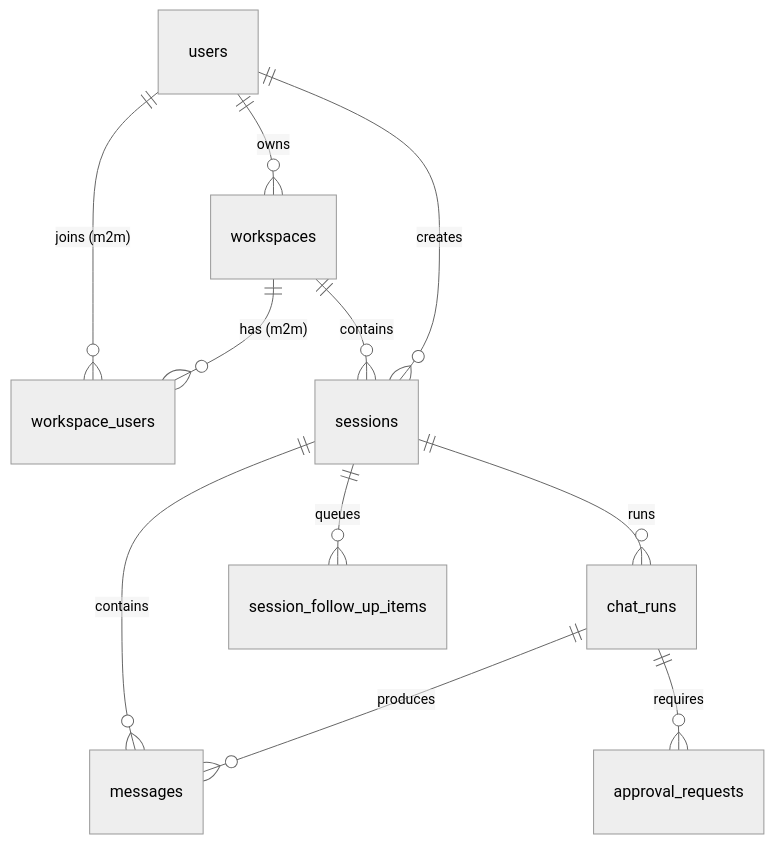
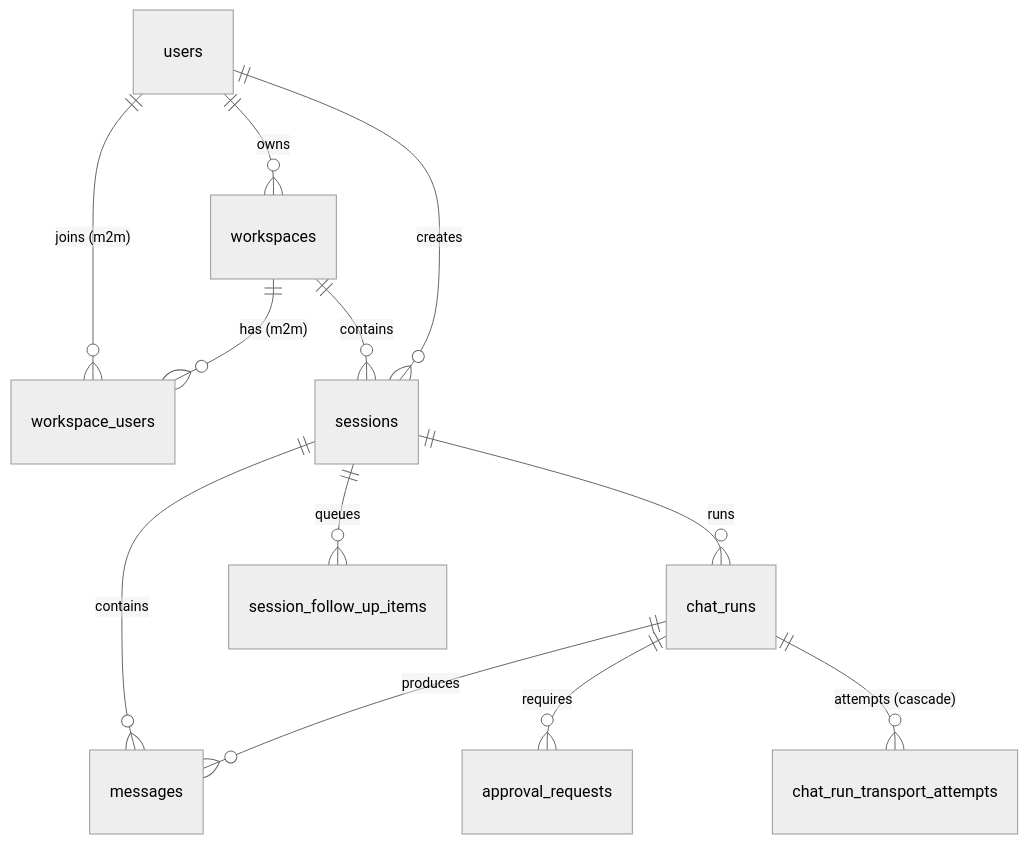
Before and after one commit to cc01cc/xihe-project: the first of 7 diagrams in docs/i18n/zh-Hans/DEV-019-database-schema.md, drawn with Mermaid. The commit also changed other lines of this file and 14 other files, not shown here.

````diff
--- a/docs/i18n/zh-Hans/DEV-019-database-schema.md
+++ b/docs/i18n/zh-Hans/DEV-019-database-schema.md
@@ -55,14 +57,15 @@
 ```mermaid
 %%{init: {'theme': 'neutral'}}%%
 erDiagram
     users ||--o{ workspaces : owns
     users ||--o{ workspace_users : "joins (m2m)"
     workspaces ||--o{ workspace_users : "has (m2m)"
     workspaces ||--o{ sessions : contains
     users ||--o{ sessions : creates
     sessions ||--o{ messages : contains
     sessions ||--o{ chat_runs : runs
     sessions ||--o{ session_follow_up_items : queues
     chat_runs ||--o{ messages : produces
     chat_runs ||--o{ approval_requests : requires
+    chat_runs ||--o{ chat_run_transport_attempts : "attempts (cascade)"
 ```
````
